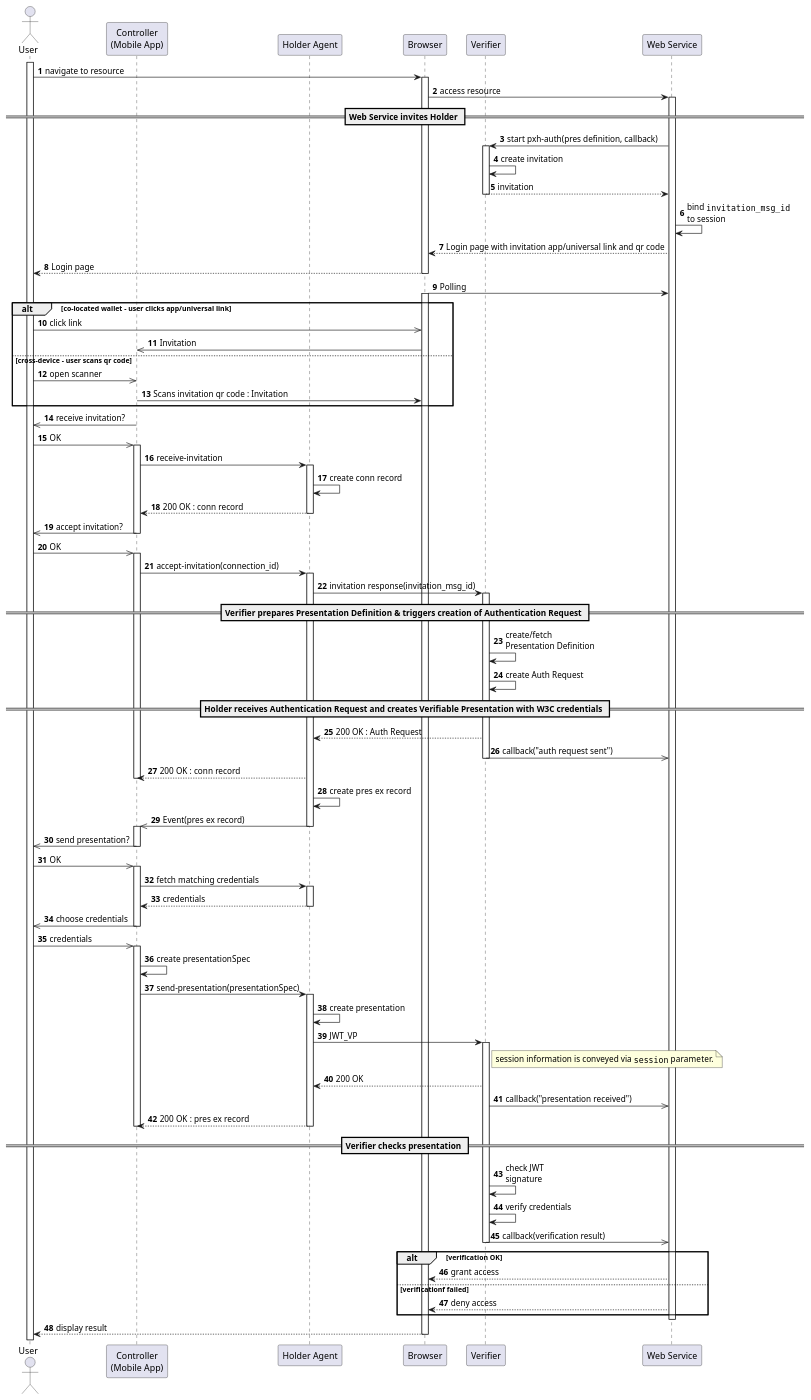
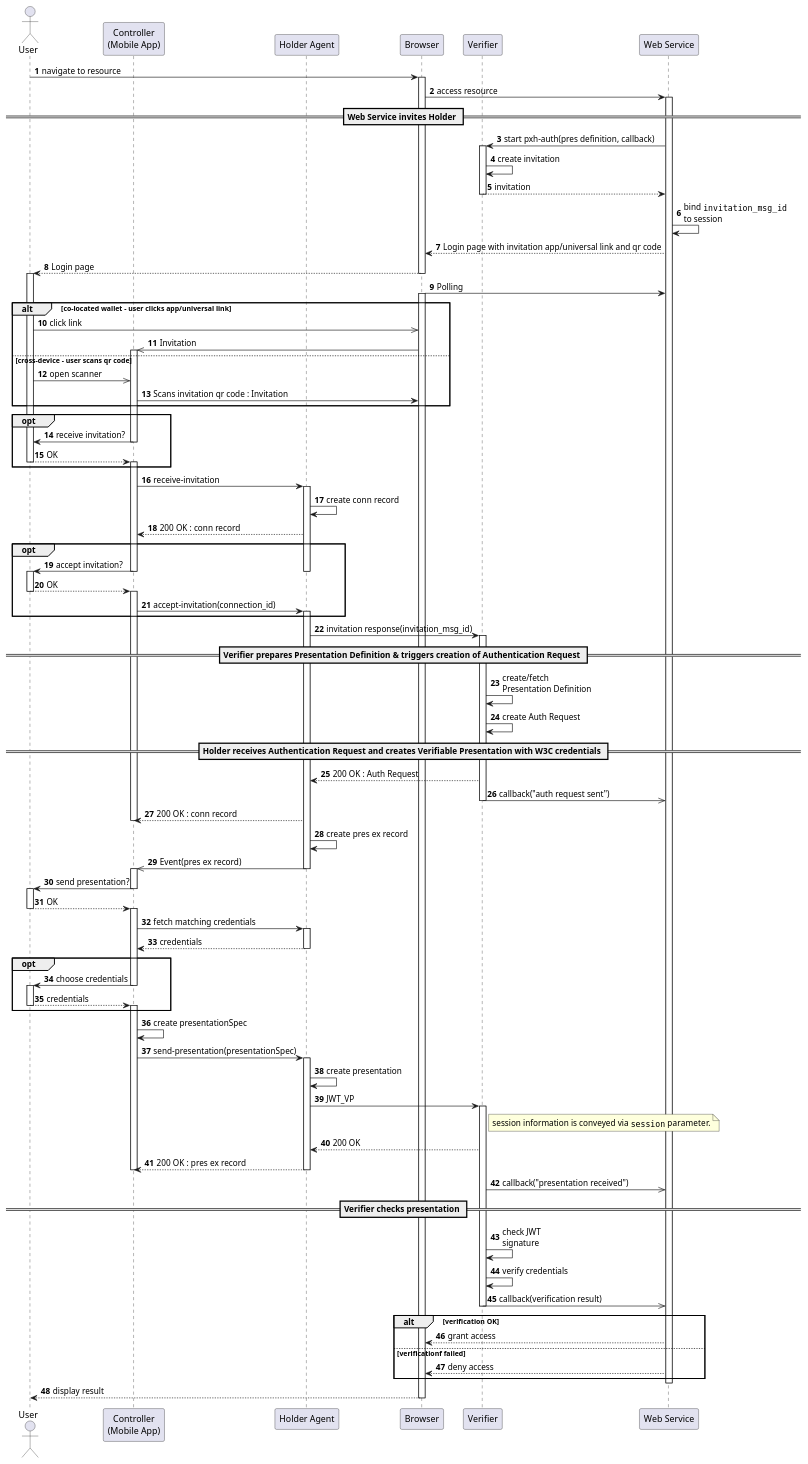
One commit to gematik/poc-fue-presentationExchangeOverHttp changed the diagram in README.adoc. Above: the diagram before and after it, drawn with PlantUML.

Commit message:
diagram updates

```diff
--- a/README.adoc
+++ b/README.adoc
@@ -46,7 +46,7 @@
 participant Verifier
 participant "Web Service" as Webservice
 
-activate User
+
 User    -> Browser    : navigate to resource
 activate Browser
 Browser -> Webservice : access resource
@@ -62,31 +62,44 @@
 Webservice --> Browser    : Login page with invitation app/universal link and qr code
 User       <-- Browser    : Login page
 deactivate Browser
+activate User
 Browser -> Webservice : Polling
 activate Browser
 
 alt co-located wallet - user clicks app/universal link
-    User     ->> Browser    : click link
+    User    ->> Browser    : click link
     Browser ->> Controller : Invitation
+    activate Controller
 else cross-device - user scans qr code
     User       ->> Controller : open scanner
-    Controller -> Browser    : Scans invitation qr code : Invitation
+    Controller  -> Browser    : Scans invitation qr code : Invitation
 end
 
-User      <<-  Controller  : receive invitation?
-User      ->> Controller  : OK
-activate Controller
+opt
+    User <-  Controller : receive invitation?
+    deactivate Controller
+    User --> Controller : OK
+    deactivate User
+    activate Controller
+end
+
 Controller -> HolderAgent : receive-invitation
 activate HolderAgent
 HolderAgent -> HolderAgent : create conn record
 Controller <-- HolderAgent : 200 OK : conn record
-deactivate HolderAgent
-User      <<-  Controller  : accept invitation?
-deactivate Controller
-User      ->> Controller  : OK
-activate Controller
-Controller -> HolderAgent : accept-invitation(connection_id)
-activate HolderAgent
+
+opt
+    User      <-  Controller  : accept invitation?
+    deactivate HolderAgent
+    deactivate Controller
+    activate User
+    User      --> Controller  : OK
+    deactivate User
+    activate Controller
+    Controller -> HolderAgent : accept-invitation(connection_id)
+    activate HolderAgent
+end
+
 HolderAgent -> Verifier : invitation response(invitation_msg_id)
 activate Verifier
 
@@ -106,18 +119,26 @@
 HolderAgent ->> Controller  : Event(pres ex record)
 deactivate HolderAgent
 activate Controller
-User <<-  Controller : send presentation?
+User <-  Controller : send presentation?
 deactivate Controller
-User ->> Controller : OK
+activate User
+User --> Controller : OK
+deactivate User
 activate Controller
 Controller -> HolderAgent : fetch matching credentials
 activate HolderAgent
 Controller <-- HolderAgent : credentials
 deactivate HolderAgent
-User <<- Controller  : choose credentials
-deactivate Controller
-User ->> Controller : credentials
-activate Controller
+
+opt
+    User <- Controller  : choose credentials
+    deactivate Controller
+    activate User
+    User --> Controller : credentials
+    deactivate User
+    activate Controller
+end
+
 Controller -> Controller  : create presentationSpec
 Controller -> HolderAgent : send-presentation(presentationSpec)
 activate HolderAgent
@@ -126,10 +147,10 @@
 note right of Verifier : session information is conveyed via ""session"" parameter.
 activate Verifier
 HolderAgent <-- Verifier   : 200 OK
-Verifier    ->> Webservice : callback("presentation received")
 Controller  <-- HolderAgent : 200 OK : pres ex record
 deactivate HolderAgent
 deactivate Controller
+Verifier    ->> Webservice : callback("presentation received")
 
 == Verifier checks presentation ==
 
@@ -143,9 +164,12 @@
 else verificationf failed
     Browser <-- Webservice : deny access
 end
+
 deactivate Webservice
 Browser --> User : display result
 deactivate Browser
 deactivate Controller
+deactivate User
+
 @enduml
 ----
```
